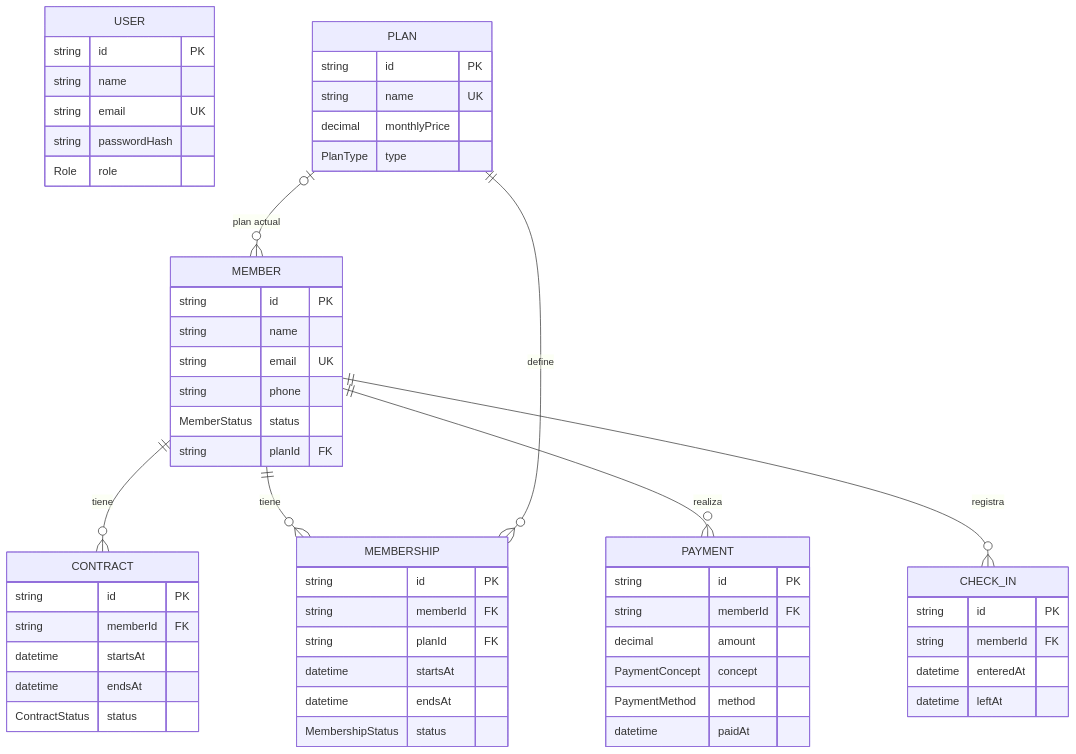
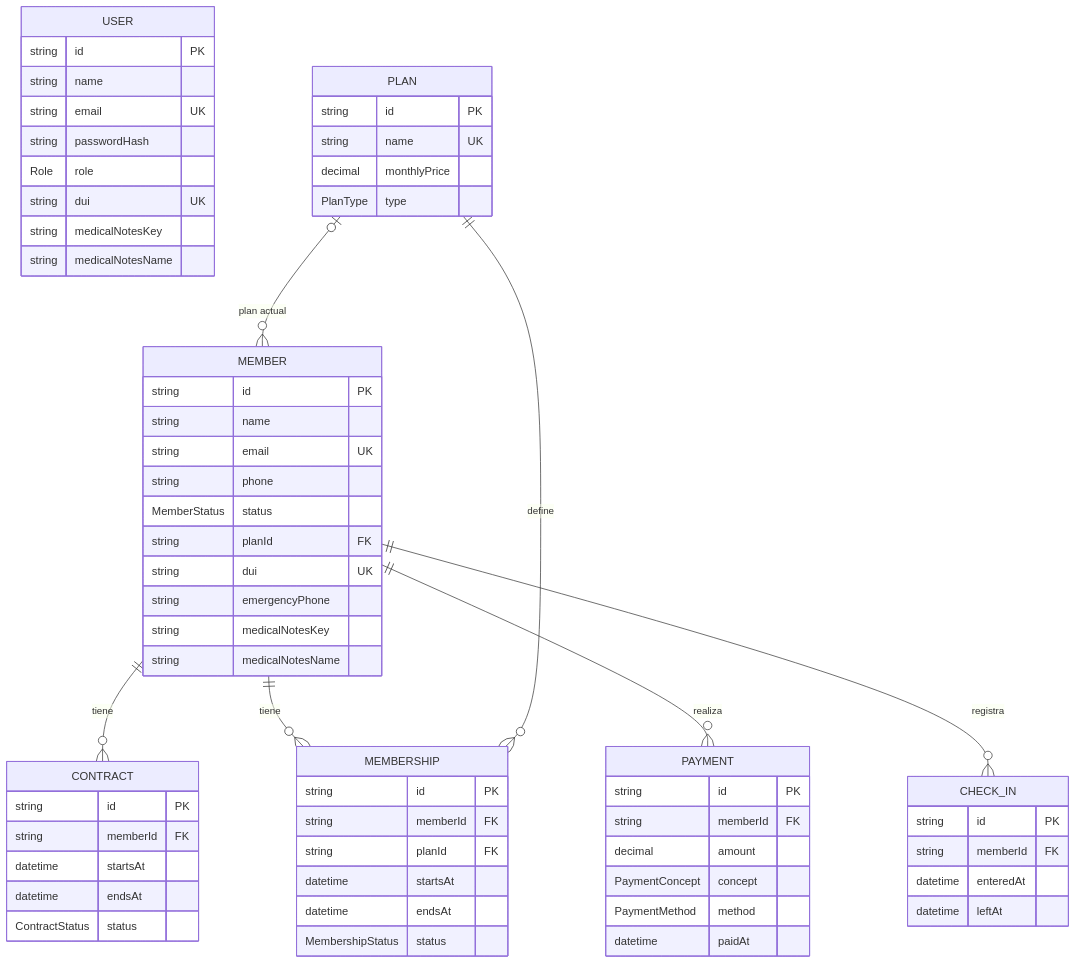
One commit to alejandro-larin/fuerza-total-web changed the tenth of 10 diagrams in docs/architecture.md. Above: the diagram before and after it, drawn with Mermaid. The commit also changed other lines of this file and 6 other files, not shown here.

````diff
--- a/docs/architecture.md
+++ b/docs/architecture.md
@@ -188,66 +215,73 @@
 ```mermaid
 erDiagram
     USER {
         string id PK
         string name
         string email UK
         string passwordHash
         Role role
+        string dui UK
+        string medicalNotesKey
+        string medicalNotesName
     }
 
     MEMBER {
         string id PK
         string name
         string email UK
         string phone
         MemberStatus status
         string planId FK
+        string dui UK
+        string emergencyPhone
+        string medicalNotesKey
+        string medicalNotesName
     }
 
     PLAN {
         string id PK
         string name UK
         decimal monthlyPrice
         PlanType type
     }
 
     CONTRACT {
         string id PK
         string memberId FK
         datetime startsAt
         datetime endsAt
         ContractStatus status
     }
 
     MEMBERSHIP {
         string id PK
         string memberId FK
         string planId FK
         datetime startsAt
         datetime endsAt
         MembershipStatus status
     }
 
     PAYMENT {
         string id PK
         string memberId FK
         decimal amount
         PaymentConcept concept
         PaymentMethod method
         datetime paidAt
     }
 
     CHECK_IN {
         string id PK
         string memberId FK
         datetime enteredAt
         datetime leftAt
     }
 
     PLAN o|--o{ MEMBER : "plan actual"
     MEMBER ||--o{ CONTRACT : tiene
     MEMBER ||--o{ MEMBERSHIP : tiene
     PLAN ||--o{ MEMBERSHIP : define
     MEMBER ||--o{ PAYMENT : realiza
     MEMBER ||--o{ CHECK_IN : registra
 ```
````
